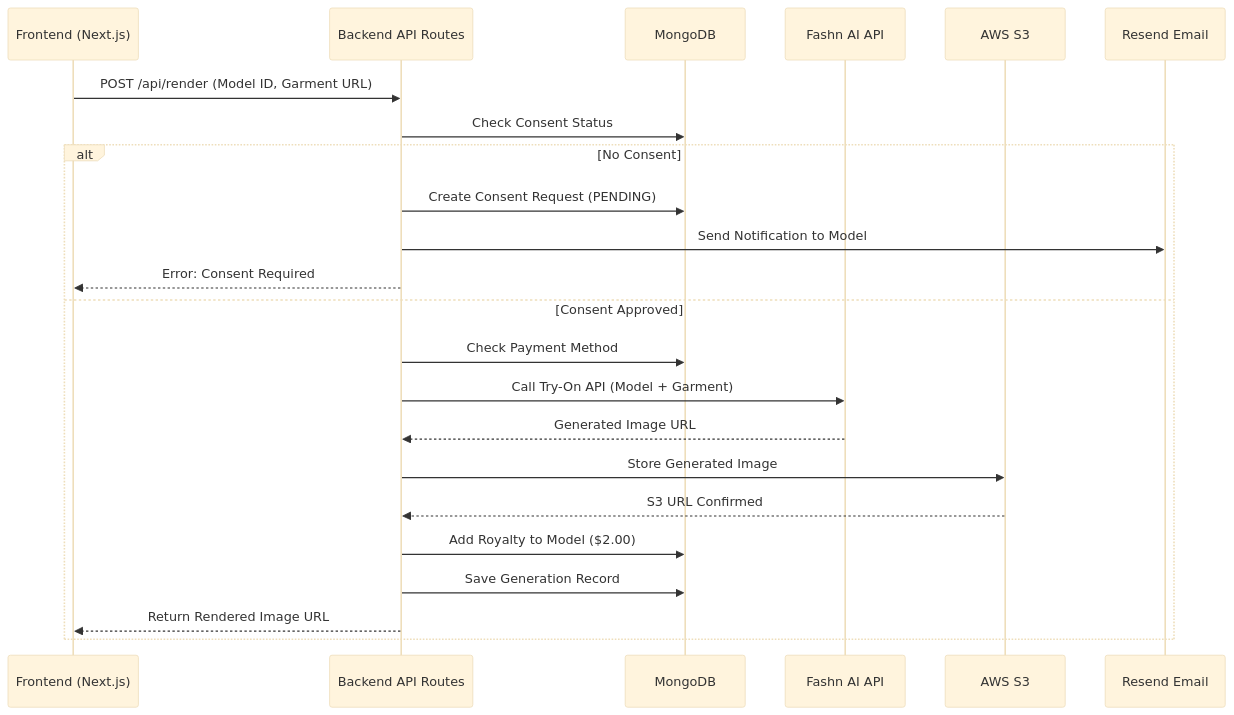
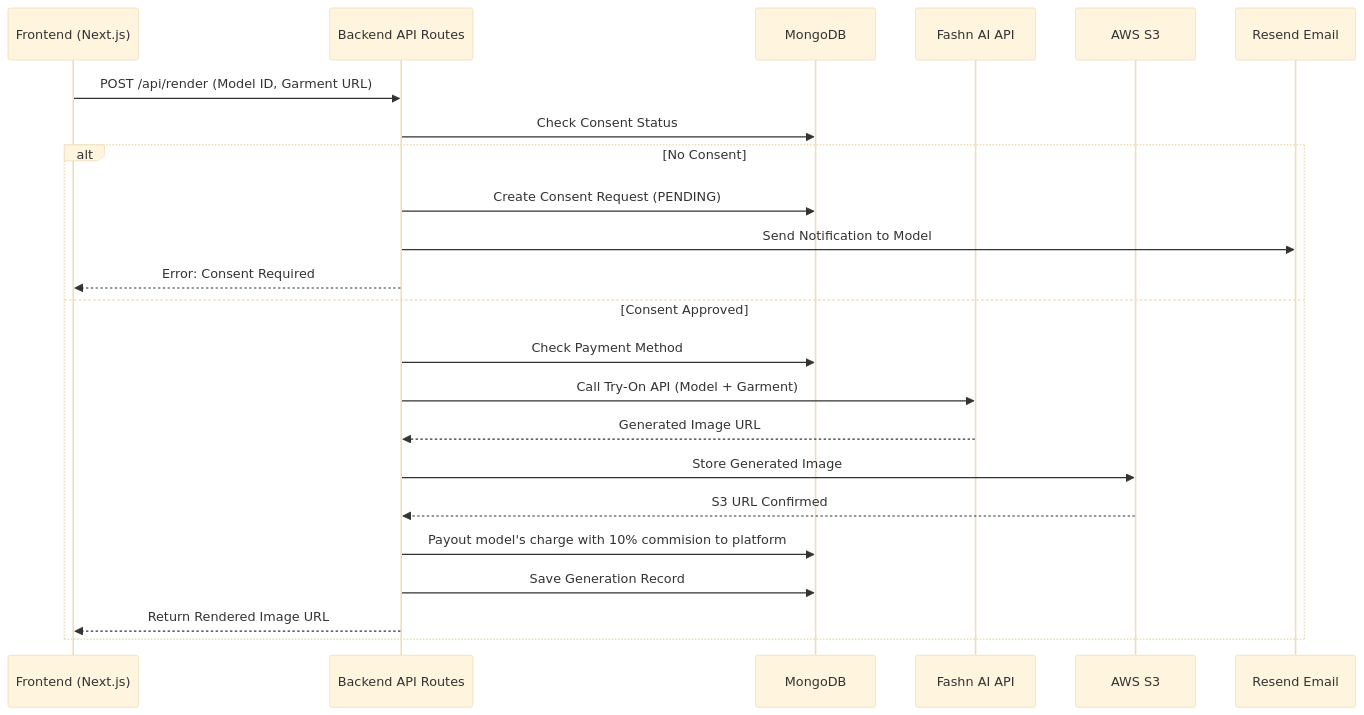
One commit to supuni9622/modelsnap changed the third of 11 diagrams in docs/MODELSNAP_COMPLETE_DOCUMENTATION.md. Above: the diagram before and after it, drawn with Mermaid (base theme). The commit also changed other lines of this file and 94 other files, not shown here.

````diff
--- a/docs/MODELSNAP_COMPLETE_DOCUMENTATION.md
+++ b/docs/MODELSNAP_COMPLETE_DOCUMENTATION.md
@@ -404,27 +314,27 @@
 ```mermaid
 sequenceDiagram
     participant UI as Frontend (Next.js)
     participant API as Backend API Routes
     participant DB as MongoDB
     participant FASHN as Fashn AI API
     participant S3 as AWS S3
     participant Email as Resend Email
 
     UI->>API: POST /api/render (Model ID, Garment URL)
     
     API->>DB: Check Consent Status
     alt No Consent
         API->>DB: Create Consent Request (PENDING)
         API->>Email: Send Notification to Model
         API-->>UI: Error: Consent Required
     else Consent Approved
         API->>DB: Check Payment Method
         API->>FASHN: Call Try-On API (Model + Garment)
         FASHN-->>API: Generated Image URL
         API->>S3: Store Generated Image
         S3-->>API: S3 URL Confirmed
-        API->>DB: Add Royalty to Model ($2.00)
+        API->>DB: Payout model's charge with 10% commision to platform
         API->>DB: Save Generation Record
         API-->>UI: Return Rendered Image URL
     end
 ```
````
